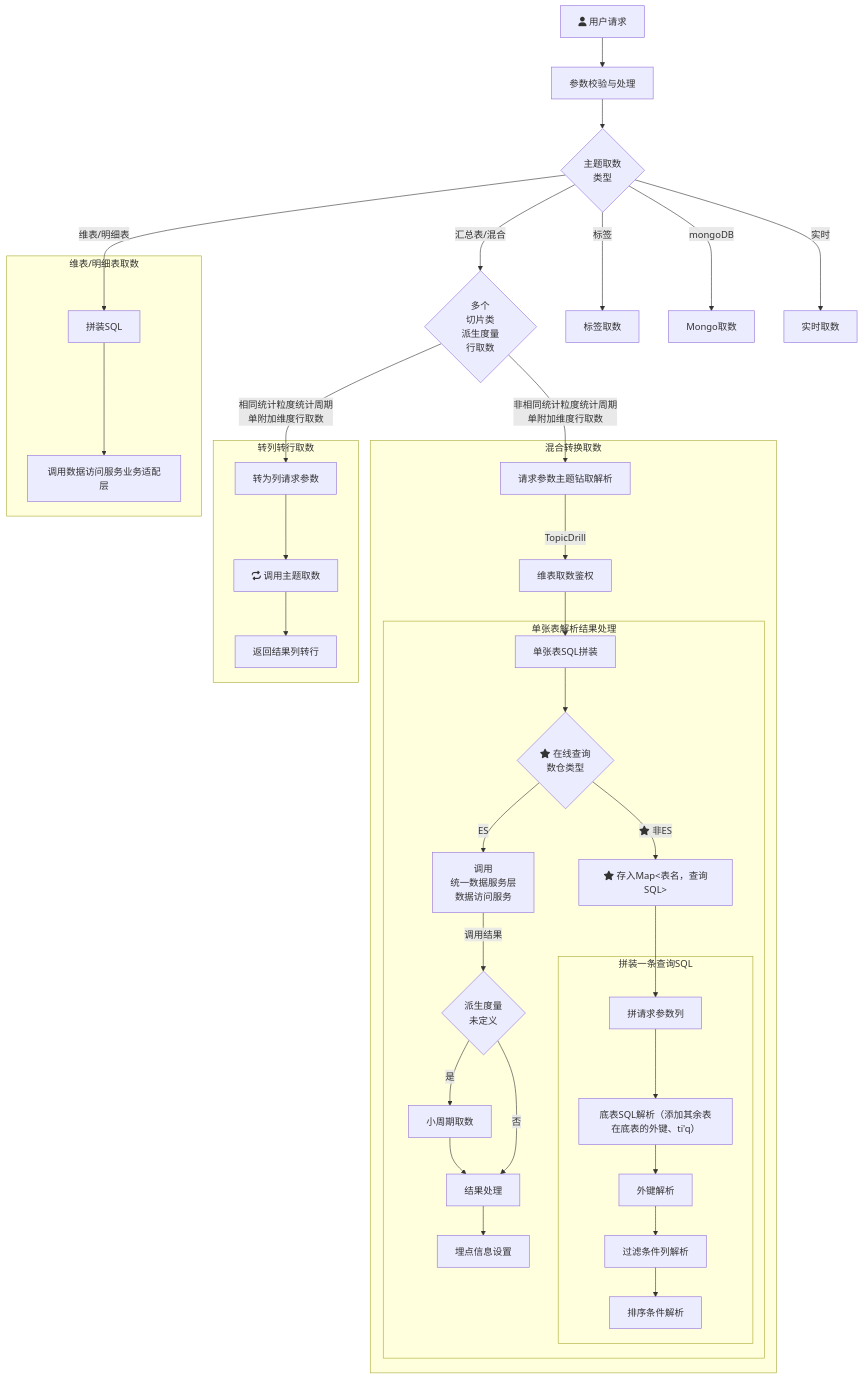
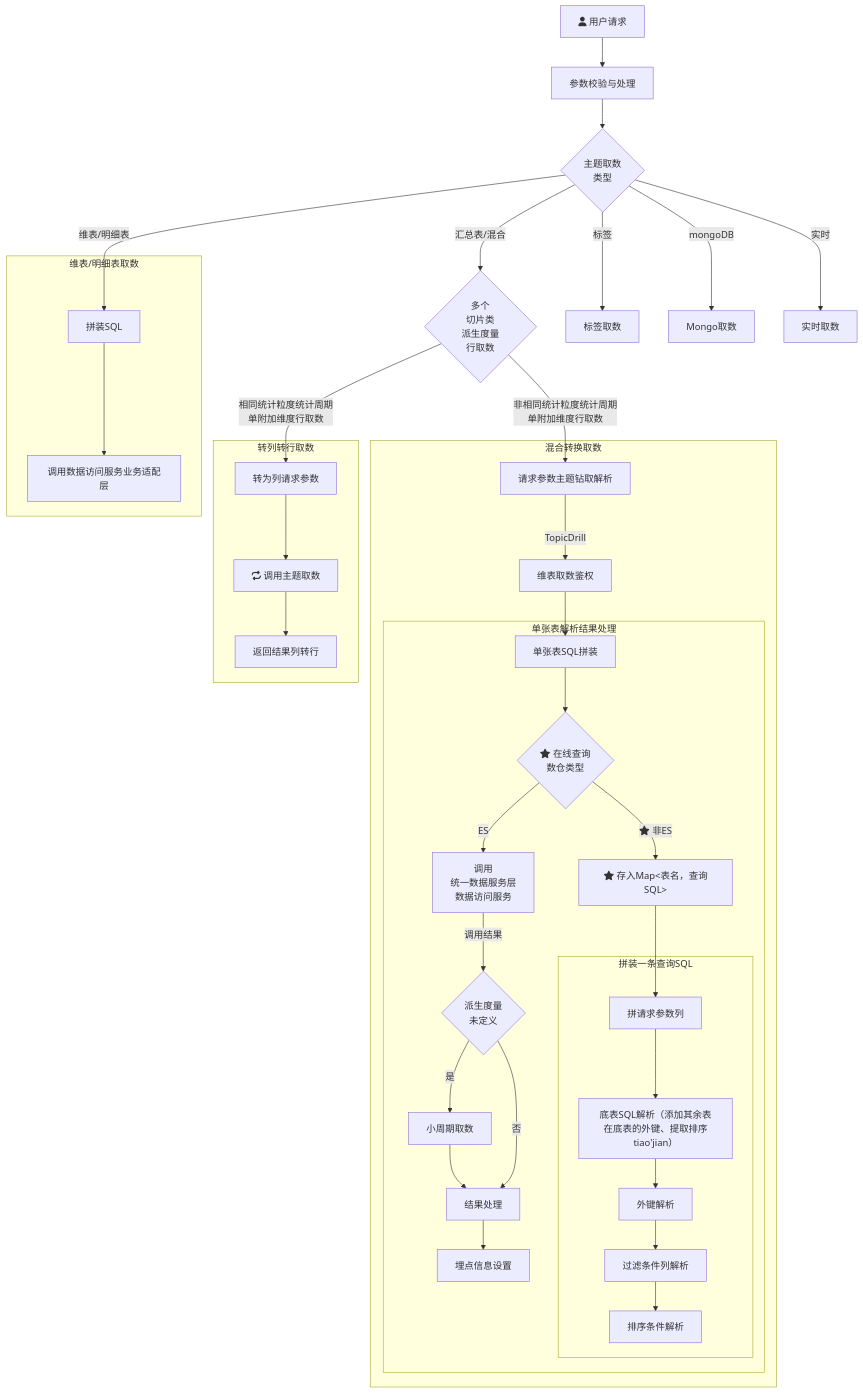
One commit to yanglosm/iodraw-files changed the diagram in all/未命名.md. Above: the diagram before and after it, drawn with Mermaid.

Commit message:
2024-11-29 19:37:37 update

````diff
--- a/all/未命名.md
+++ b/all/未命名.md
@@ -1,30 +1,30 @@
 ```mermaid
 flowchart TD
     A[fa:fa-user 用户请求] -->A1[参数校验与处理] --> B{主题取数\n类型}
     B -->|维表/明细表| D[拼装SQL]
     B -->|汇总表/混合| E{多个\n切片类\n派生度量\n行取数}
     B -->|标签| F[标签取数]
     B -->|mongoDB| G[Mongo取数]
     B -->|实时| H[实时取数]
     E -->|相同统计粒度统计周期\n单附加维度行取数| E1[转为列请求参数]
     E -->|非相同统计粒度统计周期\n单附加维度行取数| T1[请求参数主题钻取解析]
     subgraph 维表/明细表取数
     D-->D1[调用数据访问服务业务适配层]
     end
     subgraph 转列转行取数
     E1-->E11[fa:fa-repeat 调用主题取数]-->E12[返回结果列转行]
     end
     subgraph 混合转换取数
     T1-->|TopicDrill| T2[维表取数鉴权] --> T31[单张表SQL拼装]
         subgraph 单张表解析结果处理
         T31 --> T4{fa:fa-star 在线查询\n数仓类型}-->|ES|T32[调用\n统一数据服务层\n数据访问服务] --> |调用结果|T33{派生度量\n未定义}
         T33 --> |是|T33_1[小周期取数]-->T34[结果处理]-->T35[埋点信息设置]
         T33 --> |否|T34
         T4 --> |fa:fa-star 非ES|T41["fa:fa-star 存入Map<表名，查询SQL>"]
         T41 --> T42[拼请求参数列]
             subgraph 拼装一条查询SQL
-            T42 --> M1[底表SQL解析（添加其余表在底表的外键、ti'q）] --> M2[外键解析] --> 过滤条件列解析 --> 排序条件解析
+            T42 --> M1[底表SQL解析（添加其余表在底表的外键、提取排序tiao'jian）] --> M2[外键解析] --> 过滤条件列解析 --> 排序条件解析
             end
         end
     end
 ```
````
